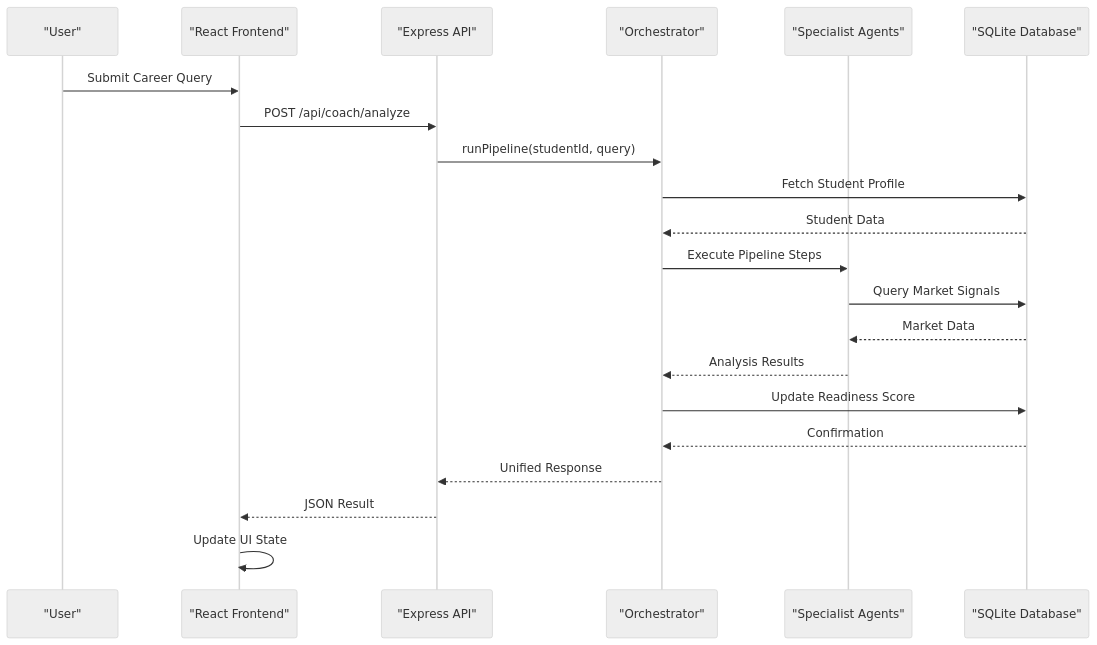
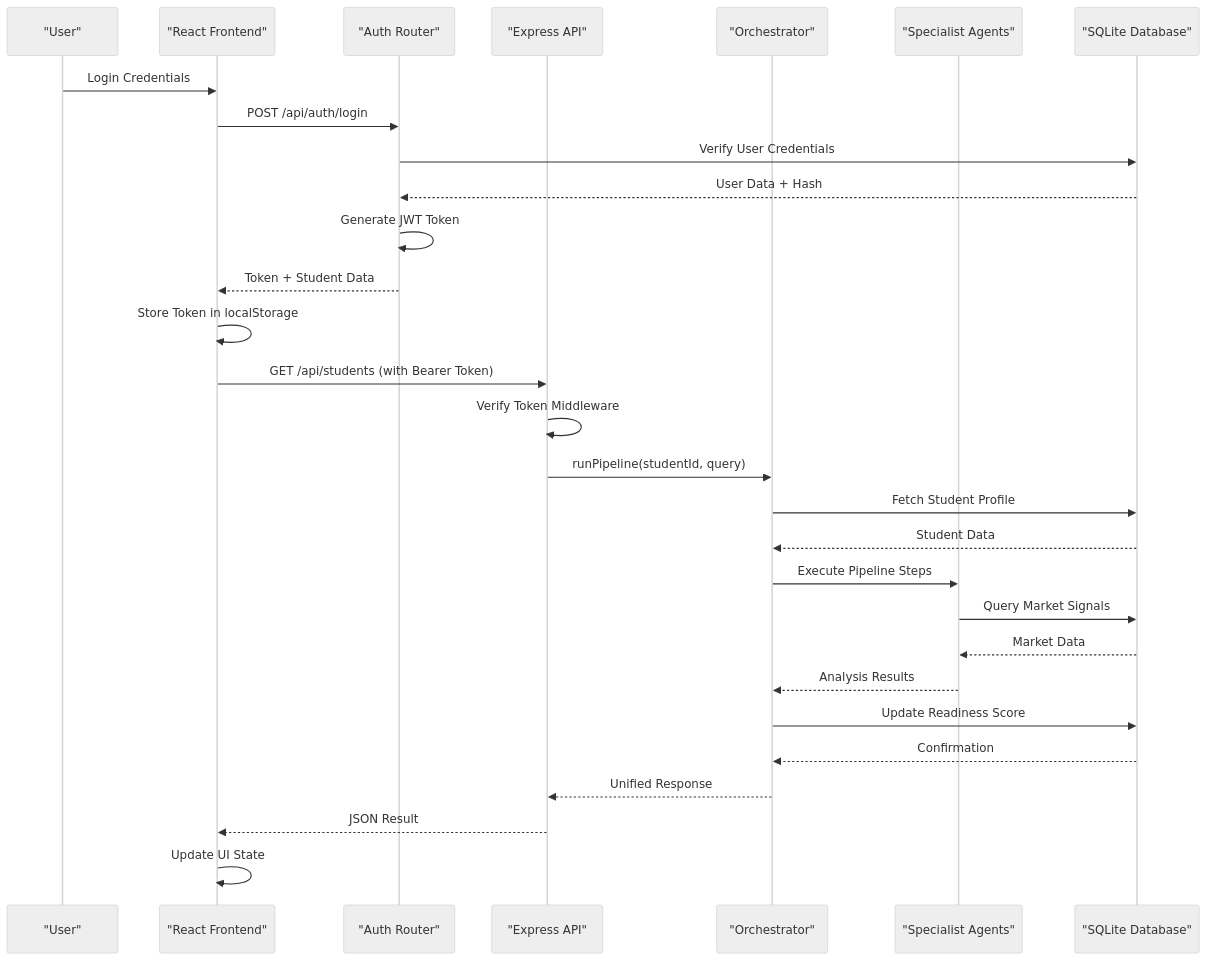
The second of 9 diagrams in .qoder/repowiki/en/content/Technical Implementation.md (Alishba-Moin/CareerCompass), drawn with Mermaid (neutral theme) before and after one commit. The commit also changed other lines of this file and 17 other files, not shown here.

````diff
--- a/.qoder/repowiki/en/content/Technical Implementation.md
+++ b/.qoder/repowiki/en/content/Technical Implementation.md
@@ -133,23 +144,31 @@
 ```mermaid
 sequenceDiagram
 participant U as "User"
 participant FE as "React Frontend"
+participant AUTH as "Auth Router"
 participant API as "Express API"
 participant ORCH as "Orchestrator"
 participant AGENTS as "Specialist Agents"
 participant DB as "SQLite Database"
-U->>FE : Submit Career Query
-FE->>API : POST /api/coach/analyze
+U->>FE : Login Credentials
+FE->>AUTH : POST /api/auth/login
+AUTH->>DB : Verify User Credentials
+DB-->>AUTH : User Data + Hash
+AUTH->>AUTH : Generate JWT Token
+AUTH-->>FE : Token + Student Data
+FE->>FE : Store Token in localStorage
+FE->>API : GET /api/students (with Bearer Token)
+API->>API : Verify Token Middleware
 API->>ORCH : runPipeline(studentId, query)
 ORCH->>DB : Fetch Student Profile
 DB-->>ORCH : Student Data
 ORCH->>AGENTS : Execute Pipeline Steps
 AGENTS->>DB : Query Market Signals
 DB-->>AGENTS : Market Data
 AGENTS-->>ORCH : Analysis Results
 ORCH->>DB : Update Readiness Score
 DB-->>ORCH : Confirmation
 ORCH-->>API : Unified Response
 API-->>FE : JSON Result
 FE->>FE : Update UI State
 ```
````
